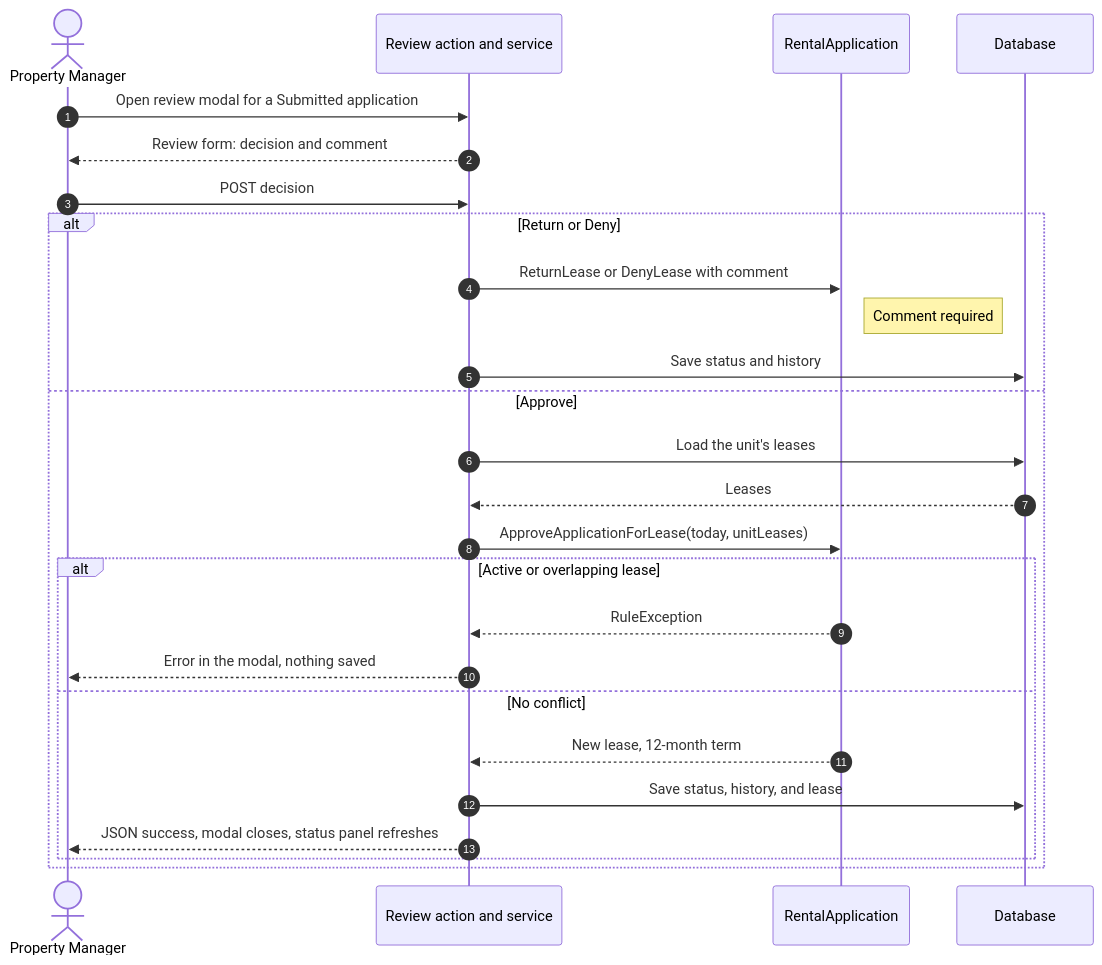
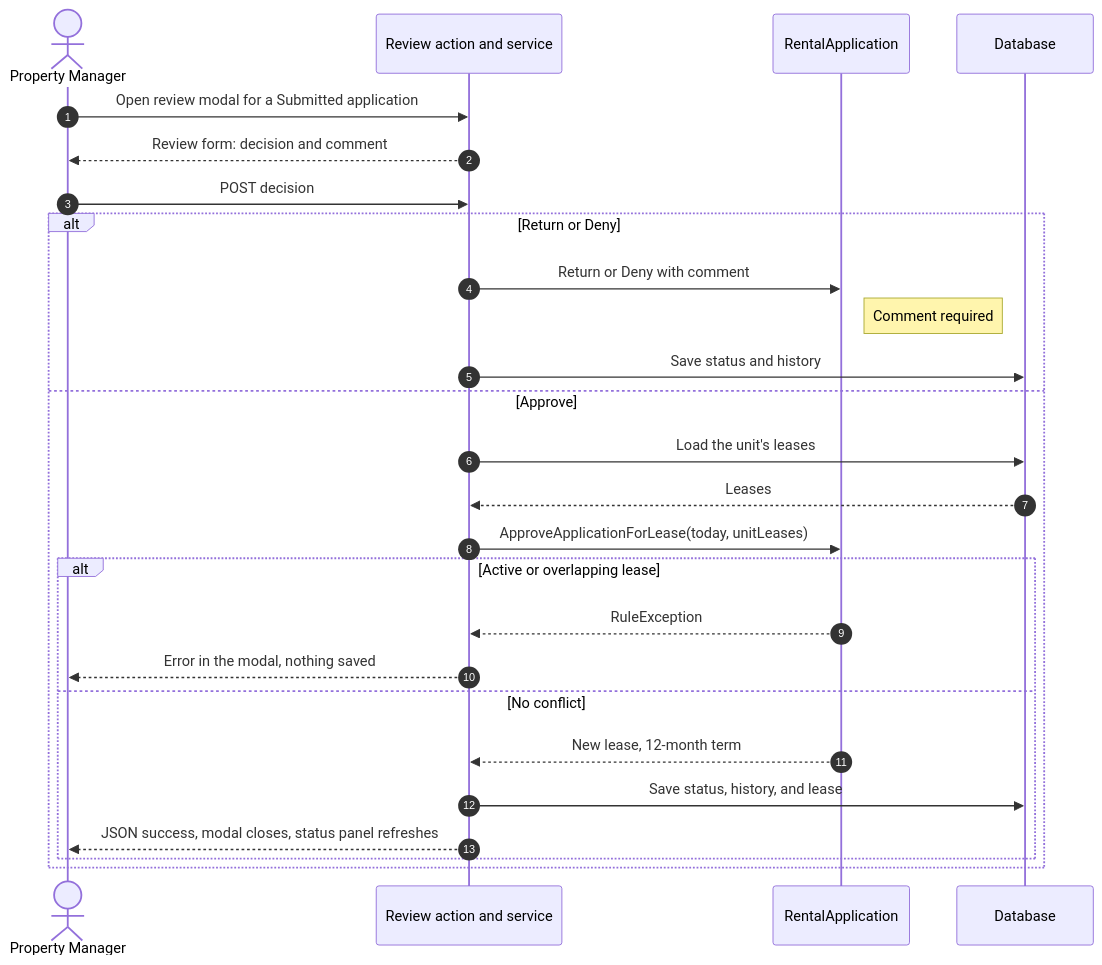
The seventh of 7 diagrams in docs/diagrams.md (breps83/troy-rentalportal), drawn with Mermaid before and after one commit. The commit also changed other lines of this file and 9 other files, not shown here.

````diff
--- a/docs/diagrams.md
+++ b/docs/diagrams.md
@@ -341,30 +341,30 @@
 ```mermaid
 sequenceDiagram
     autonumber
     actor PM as Property Manager
     participant Ctrl as Review action and service
     participant App as RentalApplication
     participant DB as Database
 
     PM->>Ctrl: Open review modal for a Submitted application
     Ctrl-->>PM: Review form: decision and comment
 
     PM->>Ctrl: POST decision
     alt Return or Deny
-        Ctrl->>App: ReturnLease or DenyLease with comment
+        Ctrl->>App: Return or Deny with comment
         Note right of App: Comment required
         Ctrl->>DB: Save status and history
     else Approve
         Ctrl->>DB: Load the unit's leases
         DB-->>Ctrl: Leases
         Ctrl->>App: ApproveApplicationForLease(today, unitLeases)
         alt Active or overlapping lease
             App-->>Ctrl: RuleException
             Ctrl-->>PM: Error in the modal, nothing saved
         else No conflict
             App-->>Ctrl: New lease, 12-month term
             Ctrl->>DB: Save status, history, and lease
             Ctrl-->>PM: JSON success, modal closes, status panel refreshes
         end
     end
 ```
````
